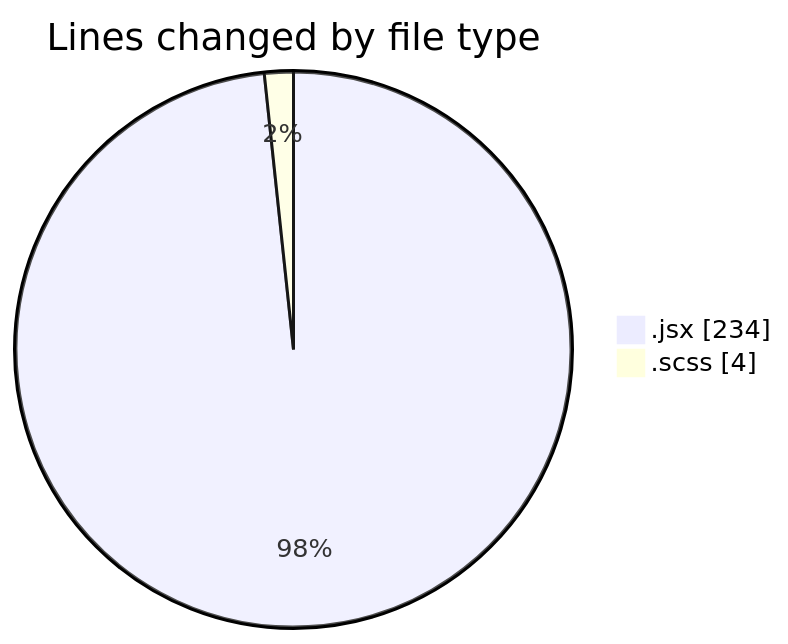
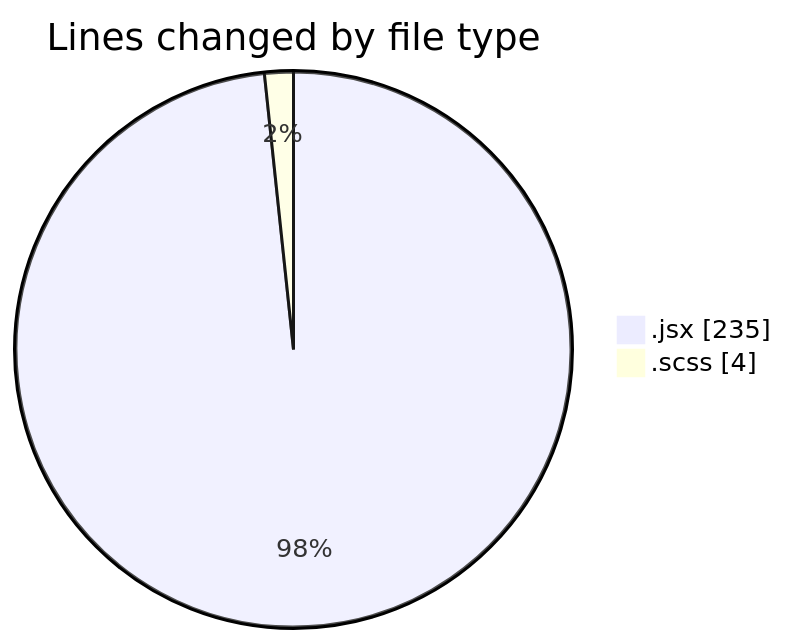
The first of 2 diagrams in 2025-06-04/cda/README.md (momahboobian/code-tracking), drawn with Mermaid before and after one commit. The commit also changed other lines of this file and 1 other file, not shown here.

````diff
--- a/2025-06-04/cda/README.md
+++ b/2025-06-04/cda/README.md
@@ -22,6 +22,6 @@
 ```mermaid
 pie showData
 title Lines changed by file type
-".jsx" : 234
+".jsx" : 235
 ".scss" : 4
 ```
````
